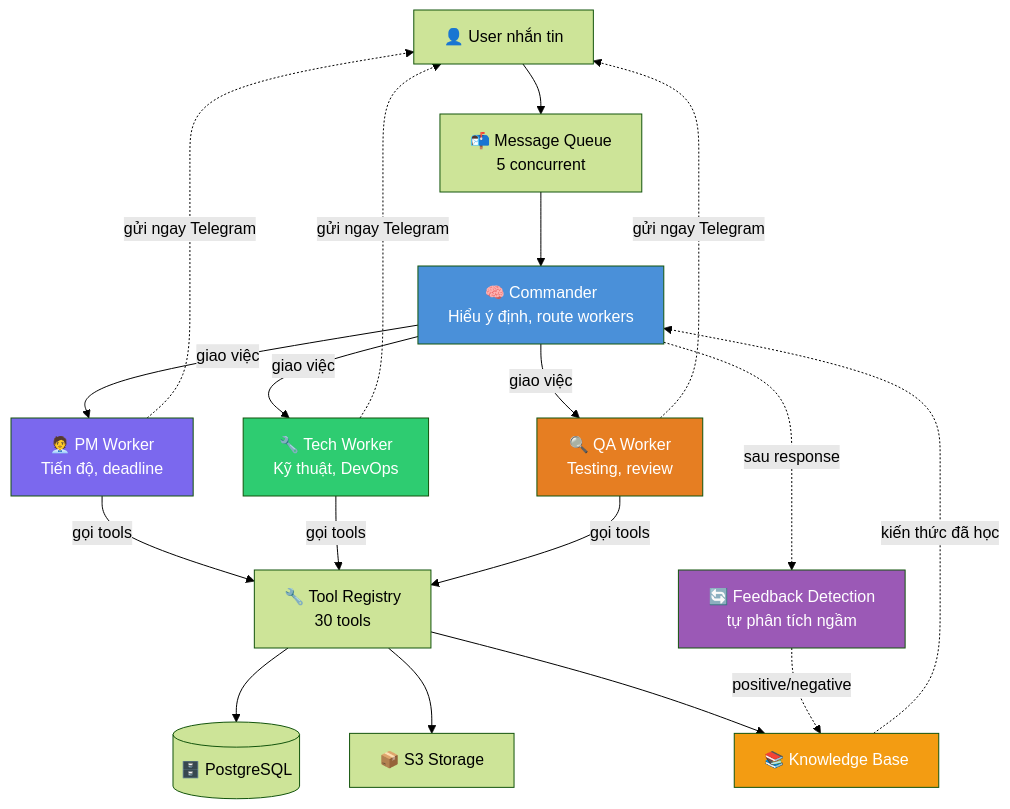
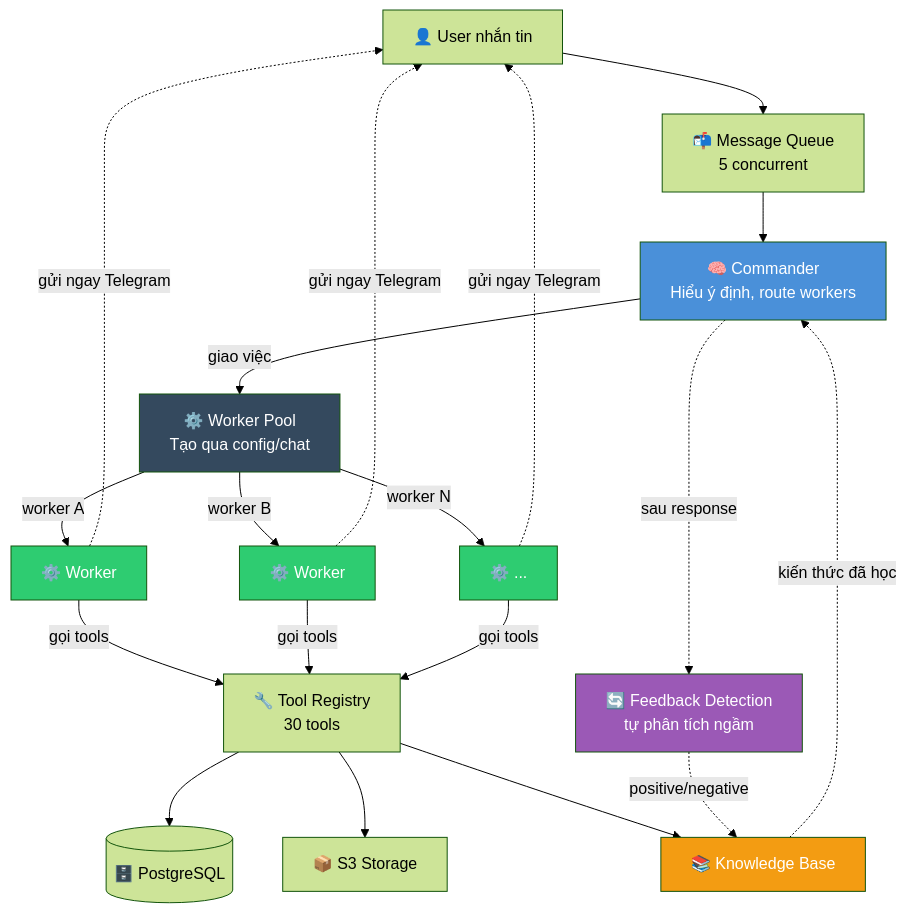
The second of 4 diagrams in README.md (TungND2k2/OpenClaw), drawn with Mermaid (forest theme) before and after one commit. The commit also changed other lines of this file, not shown here.

Commit message:
docs: workers from config pool — not hardcoded names

````diff
--- a/README.md
+++ b/README.md
@@ -51,29 +51,29 @@
 ```mermaid
 graph TD
     U[👤 User nhắn tin] --> Q[📬 Message Queue<br/>5 concurrent]
     Q --> C[🧠 Commander<br/>Hiểu ý định, route workers]
 
-    C -->|giao việc| W1[🧑‍💼 PM Worker<br/>Tiến độ, deadline]
-    C -->|giao việc| W2[🔧 Tech Worker<br/>Kỹ thuật, DevOps]
-    C -->|giao việc| W3[🔍 QA Worker<br/>Testing, review]
+    C -->|giao việc| WP[⚙️ Worker Pool<br/>Tạo qua config/chat]
+    WP -->|worker A| W1[⚙️ Worker]
+    WP -->|worker B| W2[⚙️ Worker]
+    WP -->|worker N| WN[⚙️ ...]
 
-    W1 & W2 & W3 -->|gọi tools| T[🔧 Tool Registry<br/>30 tools]
+    W1 & W2 & WN -->|gọi tools| T[🔧 Tool Registry<br/>30 tools]
     T --> DB[(🗄️ PostgreSQL)]
     T --> S3[📦 S3 Storage]
     T --> KB[📚 Knowledge Base]
 
     KB -.->|kiến thức đã học| C
-    W1 -.->|gửi ngay Telegram| U
-    W2 -.->|gửi ngay Telegram| U
-    W3 -.->|gửi ngay Telegram| U
+    W1 & W2 & WN -.->|gửi ngay Telegram| U
 
     C -.->|sau response| FB[🔄 Feedback Detection<br/>tự phân tích ngầm]
     FB -.->|positive/negative| KB
 
     style C fill:#4A90D9,color:#fff
-    style W1 fill:#7B68EE,color:#fff
+    style WP fill:#34495E,color:#fff
+    style W1 fill:#2ECC71,color:#fff
     style W2 fill:#2ECC71,color:#fff
-    style W3 fill:#E67E22,color:#fff
+    style WN fill:#2ECC71,color:#fff
     style KB fill:#F39C12,color:#fff
     style FB fill:#9B59B6,color:#fff
 ```
````
